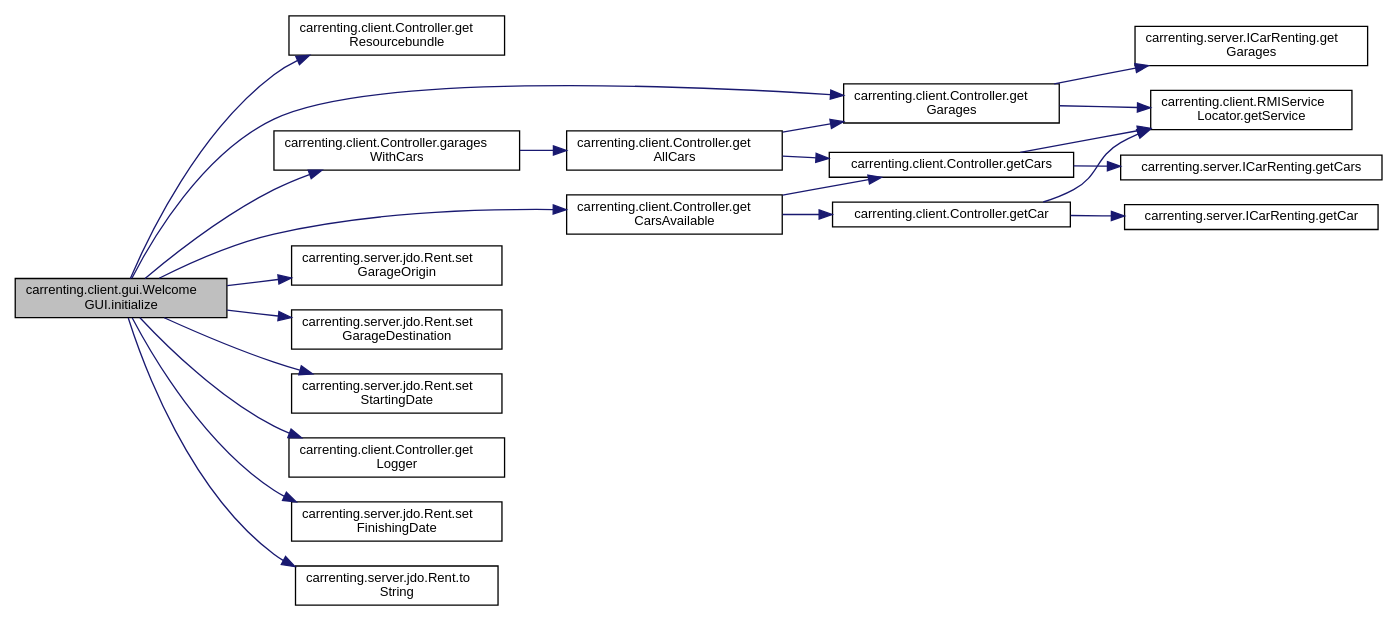
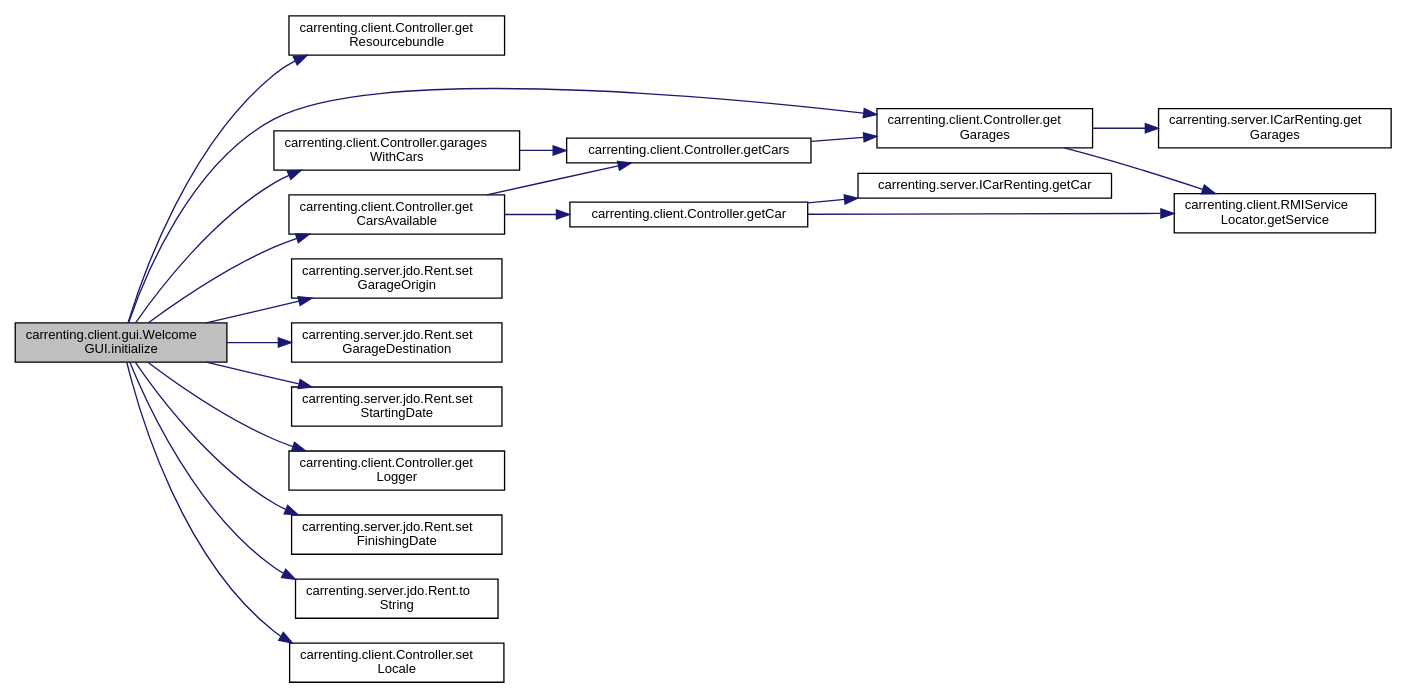
One commit to BSPQ18-19/BSPQ19-E4 changed the diagram in docs/classcarrenting_1_1client_1_1gui_1_1_welcome_g_u_i_a2bfdeb076ee5dec04b540de7b4e36a9f_cgraph.dot. Above: the diagram before and after it, drawn with Graphviz. The commit also changed 407 other files, not shown here.

```diff
--- a/docs/classcarrenting_1_1client_1_1gui_1_1_welcome_g_u_i_a2bfdeb076ee5dec04b540de7b4e36a9f_cgraph.dot
+++ b/docs/classcarrenting_1_1client_1_1gui_1_1_welcome_g_u_i_a2bfdeb076ee5dec04b540de7b4e36a9f_cgraph.dot
@@ -1,46 +1,43 @@
 digraph "carrenting.client.gui.WelcomeGUI.initialize"
 {
  // LATEX_PDF_SIZE
   edge [fontname="Helvetica",fontsize="10",labelfontname="Helvetica",labelfontsize="10"];
   node [fontname="Helvetica",fontsize="10",shape=record];
   rankdir="LR";
   Node2 [label="carrenting.client.gui.Welcome\lGUI.initialize",height=0.2,width=0.4,color="black", fillcolor="grey75", style="filled", fontcolor="black",tooltip=" "];
   Node2 -> Node3 [color="midnightblue",fontsize="10",style="solid",fontname="Helvetica"];
   Node3 [label="carrenting.client.Controller.get\lResourcebundle",height=0.2,width=0.4,color="black", fillcolor="white", style="filled",URL="$classcarrenting_1_1client_1_1_controller.html#a02bfa40e18727766ed66076119d95cc3",tooltip=" "];
   Node2 -> Node4 [color="midnightblue",fontsize="10",style="solid",fontname="Helvetica"];
   Node4 [label="carrenting.client.Controller.garages\lWithCars",height=0.2,width=0.4,color="black", fillcolor="white", style="filled",URL="$classcarrenting_1_1client_1_1_controller.html#a7131927c67ed8afaed347d3090c0e08b",tooltip=" "];
   Node4 -> Node5 [color="midnightblue",fontsize="10",style="solid",fontname="Helvetica"];
-  Node5 [label="carrenting.client.Controller.get\lAllCars",height=0.2,width=0.4,color="black", fillcolor="white", style="filled",URL="$classcarrenting_1_1client_1_1_controller.html#a3198f90f6563c389e1f22e52a925ee5d",tooltip=" "];
+  Node5 [label="carrenting.client.Controller.getCars",height=0.2,width=0.4,color="black", fillcolor="white", style="filled",URL="$classcarrenting_1_1client_1_1_controller.html#aa23affda674a59f25639c522800b35d1",tooltip=" "];
   Node5 -> Node6 [color="midnightblue",fontsize="10",style="solid",fontname="Helvetica"];
   Node6 [label="carrenting.client.Controller.get\lGarages",height=0.2,width=0.4,color="black", fillcolor="white", style="filled",URL="$classcarrenting_1_1client_1_1_controller.html#a38355c55fd14b445cbc7e420a5c36fa7",tooltip=" "];
   Node6 -> Node7 [color="midnightblue",fontsize="10",style="solid",fontname="Helvetica"];
   Node7 [label="carrenting.client.RMIService\lLocator.getService",height=0.2,width=0.4,color="black", fillcolor="white", style="filled",URL="$classcarrenting_1_1client_1_1_r_m_i_service_locator.html#a0ac0c6fa2786c97632c927749a53237c",tooltip=" "];
   Node6 -> Node8 [color="midnightblue",fontsize="10",style="solid",fontname="Helvetica"];
   Node8 [label="carrenting.server.ICarRenting.get\lGarages",height=0.2,width=0.4,color="black", fillcolor="white", style="filled",URL="$interfacecarrenting_1_1server_1_1_i_car_renting.html#a3192598ccc120a739ca168df03c23681",tooltip=" "];
-  Node5 -> Node9 [color="midnightblue",fontsize="10",style="solid",fontname="Helvetica"];
-  Node9 [label="carrenting.client.Controller.getCars",height=0.2,width=0.4,color="black", fillcolor="white", style="filled",URL="$classcarrenting_1_1client_1_1_controller.html#a1e9a90a7164b6a988e23d77ecf39eea9",tooltip=" "];
-  Node9 -> Node7 [color="midnightblue",fontsize="10",style="solid",fontname="Helvetica"];
+  Node2 -> Node6 [color="midnightblue",fontsize="10",style="solid",fontname="Helvetica"];
+  Node2 -> Node9 [color="midnightblue",fontsize="10",style="solid",fontname="Helvetica"];
+  Node9 [label="carrenting.client.Controller.get\lCarsAvailable",height=0.2,width=0.4,color="black", fillcolor="white", style="filled",URL="$classcarrenting_1_1client_1_1_controller.html#a80d021acb8be8a60823c3da433f5495f",tooltip=" "];
+  Node9 -> Node5 [color="midnightblue",fontsize="10",style="solid",fontname="Helvetica"];
   Node9 -> Node10 [color="midnightblue",fontsize="10",style="solid",fontname="Helvetica"];
-  Node10 [label="carrenting.server.ICarRenting.getCars",height=0.2,width=0.4,color="black", fillcolor="white", style="filled",URL="$interfacecarrenting_1_1server_1_1_i_car_renting.html#aeaa26a483ce5e53faab84b0e3be0f7c9",tooltip=" "];
-  Node2 -> Node6 [color="midnightblue",fontsize="10",style="solid",fontname="Helvetica"];
-  Node2 -> Node11 [color="midnightblue",fontsize="10",style="solid",fontname="Helvetica"];
-  Node11 [label="carrenting.client.Controller.get\lCarsAvailable",height=0.2,width=0.4,color="black", fillcolor="white", style="filled",URL="$classcarrenting_1_1client_1_1_controller.html#a80d021acb8be8a60823c3da433f5495f",tooltip=" "];
-  Node11 -> Node9 [color="midnightblue",fontsize="10",style="solid",fontname="Helvetica"];
-  Node11 -> Node12 [color="midnightblue",fontsize="10",style="solid",fontname="Helvetica"];
-  Node12 [label="carrenting.client.Controller.getCar",height=0.2,width=0.4,color="black", fillcolor="white", style="filled",URL="$classcarrenting_1_1client_1_1_controller.html#ae306f94b15ad4b3869d13ce8f6c46d45",tooltip=" "];
-  Node12 -> Node7 [color="midnightblue",fontsize="10",style="solid",fontname="Helvetica"];
-  Node12 -> Node13 [color="midnightblue",fontsize="10",style="solid",fontname="Helvetica"];
-  Node13 [label="carrenting.server.ICarRenting.getCar",height=0.2,width=0.4,color="black", fillcolor="white", style="filled",URL="$interfacecarrenting_1_1server_1_1_i_car_renting.html#aa4d89c769e75b73df2a85805ea90bb49",tooltip=" "];
+  Node10 [label="carrenting.client.Controller.getCar",height=0.2,width=0.4,color="black", fillcolor="white", style="filled",URL="$classcarrenting_1_1client_1_1_controller.html#ae306f94b15ad4b3869d13ce8f6c46d45",tooltip=" "];
+  Node10 -> Node7 [color="midnightblue",fontsize="10",style="solid",fontname="Helvetica"];
+  Node10 -> Node11 [color="midnightblue",fontsize="10",style="solid",fontname="Helvetica"];
+  Node11 [label="carrenting.server.ICarRenting.getCar",height=0.2,width=0.4,color="black", fillcolor="white", style="filled",URL="$interfacecarrenting_1_1server_1_1_i_car_renting.html#aa4d89c769e75b73df2a85805ea90bb49",tooltip=" "];
+  Node2 -> Node12 [color="midnightblue",fontsize="10",style="solid",fontname="Helvetica"];
+  Node12 [label="carrenting.server.jdo.Rent.set\lGarageOrigin",height=0.2,width=0.4,color="black", fillcolor="white", style="filled",URL="$classcarrenting_1_1server_1_1jdo_1_1_rent.html#a526a9355e25db6101e214734242c5012",tooltip=" "];
+  Node2 -> Node13 [color="midnightblue",fontsize="10",style="solid",fontname="Helvetica"];
+  Node13 [label="carrenting.server.jdo.Rent.set\lGarageDestination",height=0.2,width=0.4,color="black", fillcolor="white", style="filled",URL="$classcarrenting_1_1server_1_1jdo_1_1_rent.html#ac870d316225d6abab7021b785f8d8a58",tooltip=" "];
   Node2 -> Node14 [color="midnightblue",fontsize="10",style="solid",fontname="Helvetica"];
-  Node14 [label="carrenting.server.jdo.Rent.set\lGarageOrigin",height=0.2,width=0.4,color="black", fillcolor="white", style="filled",URL="$classcarrenting_1_1server_1_1jdo_1_1_rent.html#a526a9355e25db6101e214734242c5012",tooltip=" "];
+  Node14 [label="carrenting.server.jdo.Rent.set\lStartingDate",height=0.2,width=0.4,color="black", fillcolor="white", style="filled",URL="$classcarrenting_1_1server_1_1jdo_1_1_rent.html#ab129f961def3e52b44f9b0b9345358b6",tooltip=" "];
   Node2 -> Node15 [color="midnightblue",fontsize="10",style="solid",fontname="Helvetica"];
-  Node15 [label="carrenting.server.jdo.Rent.set\lGarageDestination",height=0.2,width=0.4,color="black", fillcolor="white", style="filled",URL="$classcarrenting_1_1server_1_1jdo_1_1_rent.html#ac870d316225d6abab7021b785f8d8a58",tooltip=" "];
+  Node15 [label="carrenting.client.Controller.get\lLogger",height=0.2,width=0.4,color="black", fillcolor="white", style="filled",URL="$classcarrenting_1_1client_1_1_controller.html#a34a0edf53b5204f26b1a39ff4d8fa316",tooltip=" "];
   Node2 -> Node16 [color="midnightblue",fontsize="10",style="solid",fontname="Helvetica"];
-  Node16 [label="carrenting.server.jdo.Rent.set\lStartingDate",height=0.2,width=0.4,color="black", fillcolor="white", style="filled",URL="$classcarrenting_1_1server_1_1jdo_1_1_rent.html#ab129f961def3e52b44f9b0b9345358b6",tooltip=" "];
+  Node16 [label="carrenting.server.jdo.Rent.set\lFinishingDate",height=0.2,width=0.4,color="black", fillcolor="white", style="filled",URL="$classcarrenting_1_1server_1_1jdo_1_1_rent.html#a01b235a37dc6025d28299df4ad31f2d7",tooltip=" "];
   Node2 -> Node17 [color="midnightblue",fontsize="10",style="solid",fontname="Helvetica"];
-  Node17 [label="carrenting.client.Controller.get\lLogger",height=0.2,width=0.4,color="black", fillcolor="white", style="filled",URL="$classcarrenting_1_1client_1_1_controller.html#a34a0edf53b5204f26b1a39ff4d8fa316",tooltip=" "];
+  Node17 [label="carrenting.server.jdo.Rent.to\lString",height=0.2,width=0.4,color="black", fillcolor="white", style="filled",URL="$classcarrenting_1_1server_1_1jdo_1_1_rent.html#a0b24f3a2451eebba996054aaca563f36",tooltip=" "];
   Node2 -> Node18 [color="midnightblue",fontsize="10",style="solid",fontname="Helvetica"];
-  Node18 [label="carrenting.server.jdo.Rent.set\lFinishingDate",height=0.2,width=0.4,color="black", fillcolor="white", style="filled",URL="$classcarrenting_1_1server_1_1jdo_1_1_rent.html#a01b235a37dc6025d28299df4ad31f2d7",tooltip=" "];
-  Node2 -> Node19 [color="midnightblue",fontsize="10",style="solid",fontname="Helvetica"];
-  Node19 [label="carrenting.server.jdo.Rent.to\lString",height=0.2,width=0.4,color="black", fillcolor="white", style="filled",URL="$classcarrenting_1_1server_1_1jdo_1_1_rent.html#a0b24f3a2451eebba996054aaca563f36",tooltip=" "];
+  Node18 [label="carrenting.client.Controller.set\lLocale",height=0.2,width=0.4,color="black", fillcolor="white", style="filled",URL="$classcarrenting_1_1client_1_1_controller.html#a2043e190716b3abacef0174204c9bcb9",tooltip=" "];
 }
```
